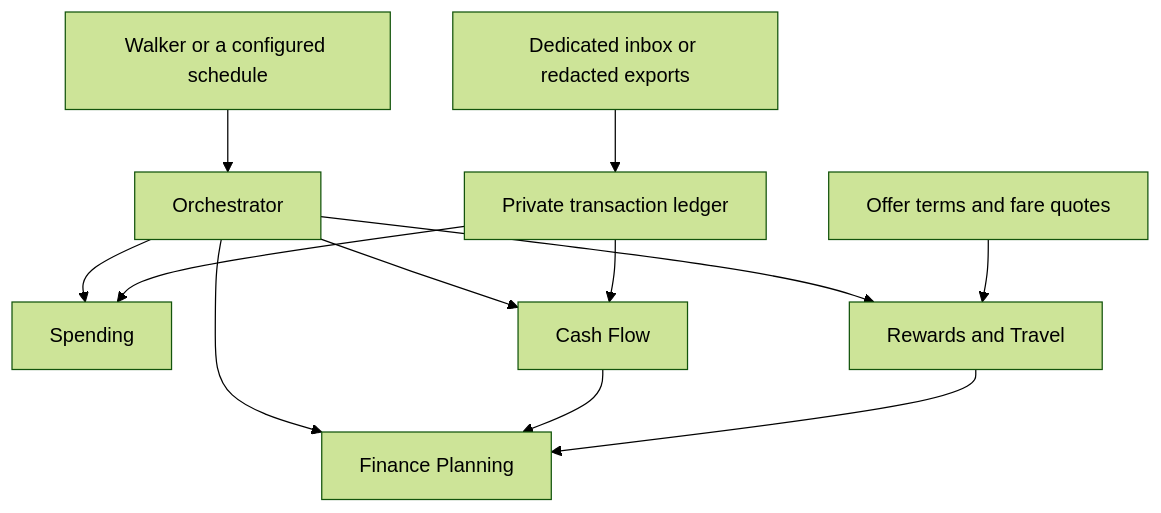
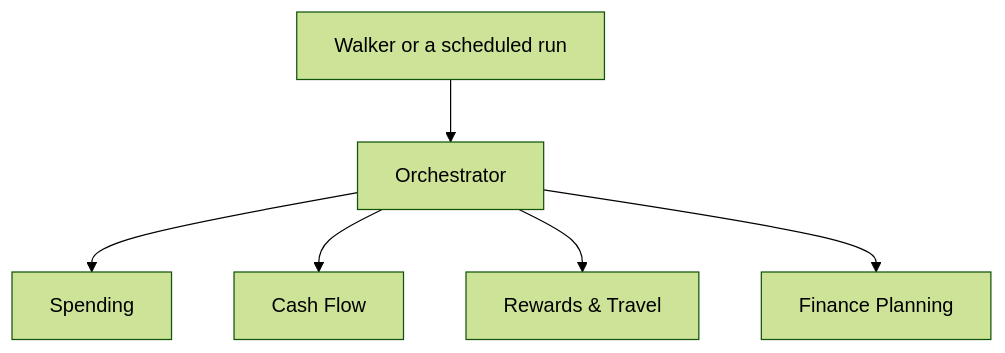
One commit to zerowing113/walker-personal-agent changed the diagram in README.md. Above: the diagram before and after it, drawn with Mermaid (forest theme). The commit also changed other lines of this file, not shown here.

Commit message:
Simplify the README architecture

```diff
--- a/README.md
+++ b/README.md
@@ -9,14 +11,8 @@
 ~~~mermaid
 flowchart TD
-    W["Walker or a configured schedule"] --> O["Orchestrator"]
+    W["Walker or a scheduled run"] --> O["Orchestrator"]
     O --> S["Spending"]
     O --> C["Cash Flow"]
-    O --> R["Rewards and Travel"]
+    O --> R["Rewards &amp; Travel"]
     O --> P["Finance Planning"]
-    I["Dedicated inbox or redacted exports"] --> L["Private transaction ledger"]
-    L --> S
-    L --> C
-    C --> P
-    R --> P
-    T["Offer terms and fare quotes"] --> R
 ~~~
```
